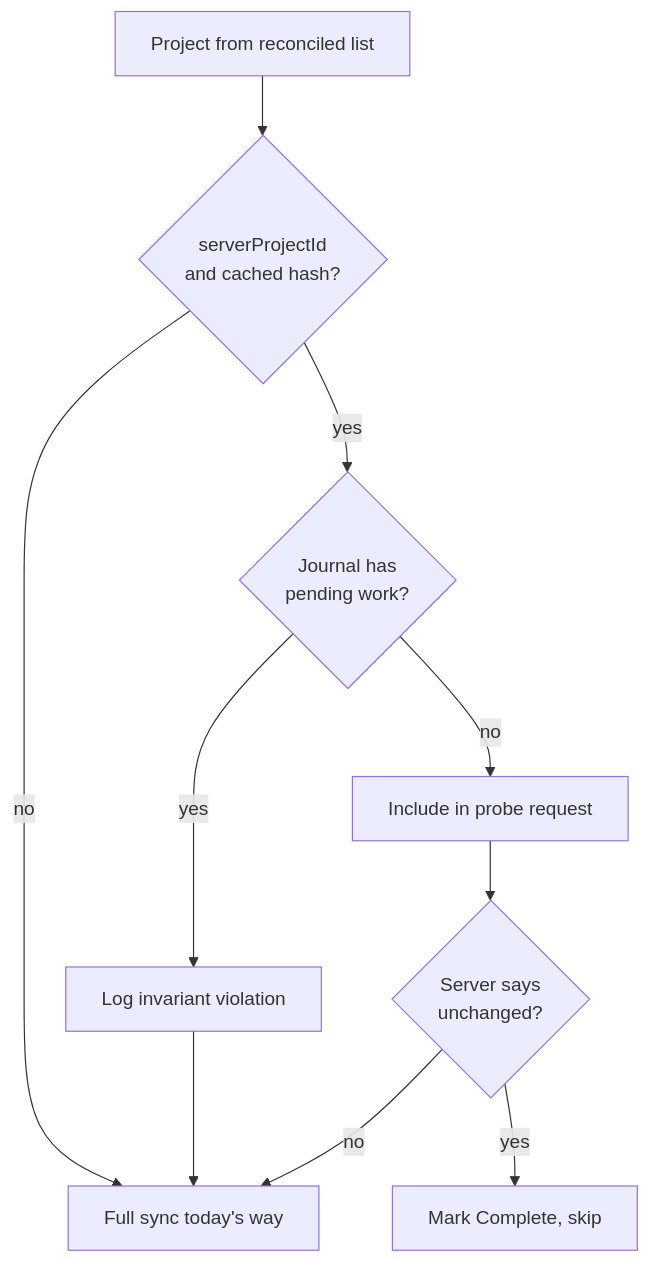
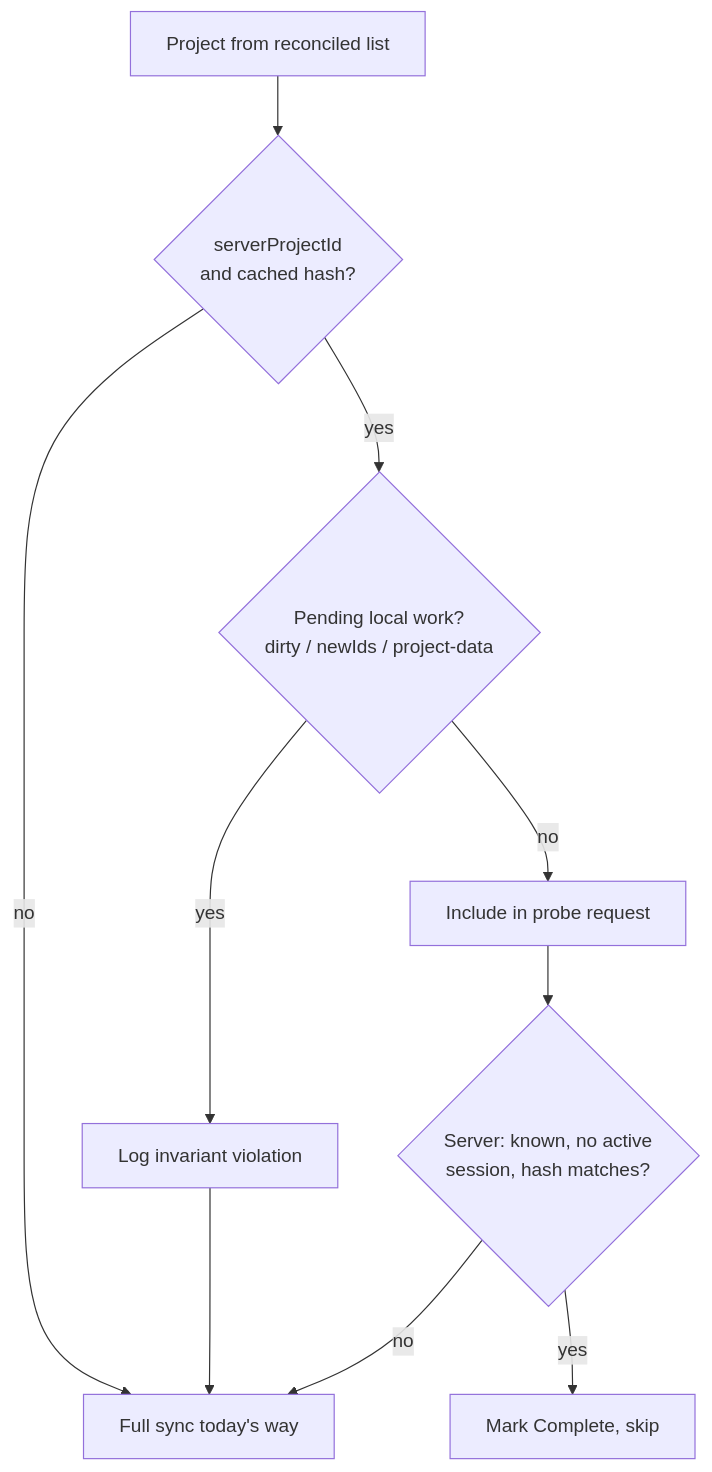
One commit to Darkrock-Studios/hammer-editor changed the third of 11 diagrams in docs/SYNCING-PROTOCOL.md. Above: the diagram before and after it, drawn with Mermaid. The commit also changed other lines of this file and 6 other files, not shown here.

First line of the commit message:
Harden pre-sync probe: error-path fallback, project-data backstop, session gating

````diff
--- a/docs/SYNCING-PROTOCOL.md
+++ b/docs/SYNCING-PROTOCOL.md
@@ -204,11 +211,11 @@
 ```mermaid
 flowchart TD
     A[Project from reconciled list] --> B{serverProjectId<br/>and cached hash?}
     B -- no --> S[Full sync today's way]
-    B -- yes --> C{Journal has<br/>pending work?}
+    B -- yes --> C{Pending local work?<br/>dirty / newIds / project-data}
     C -- yes --> L[Log invariant violation] --> S
     C -- no --> D[Include in probe request]
-    D --> E{Server says<br/>unchanged?}
+    D --> E{Server: known, no active<br/>session, hash matches?}
     E -- yes --> K[Mark Complete, skip]
     E -- no --> S
 ```
````
